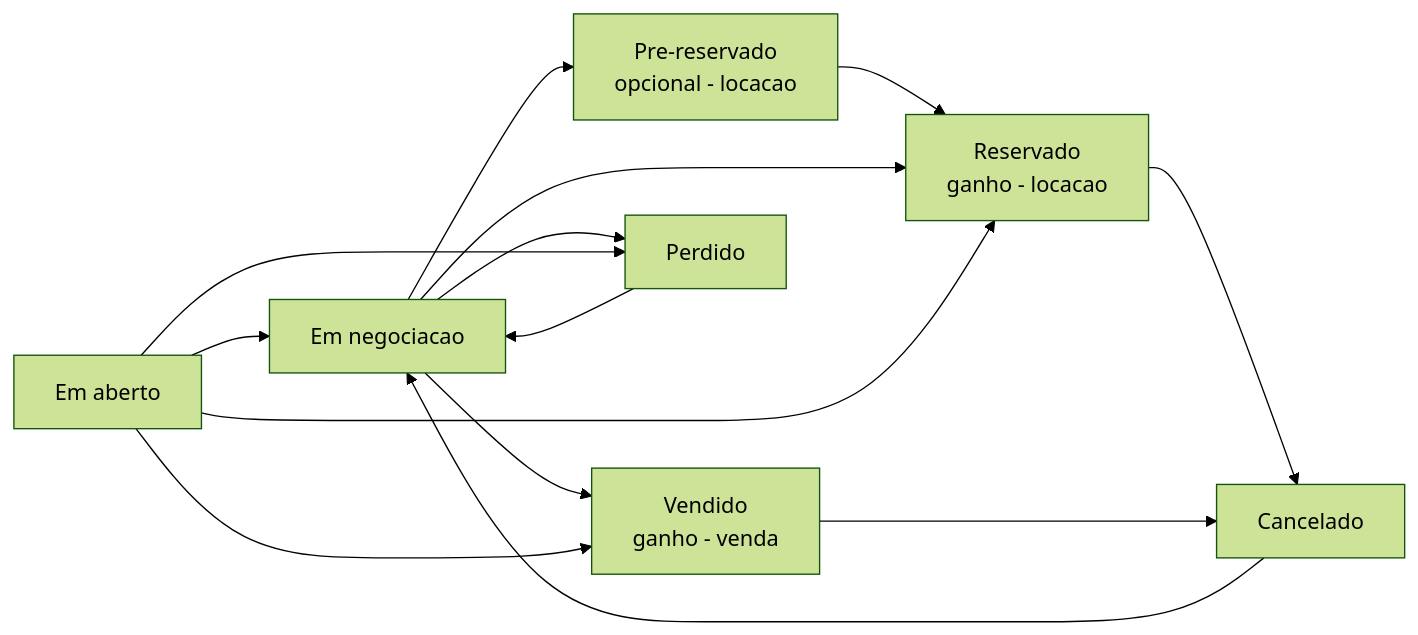
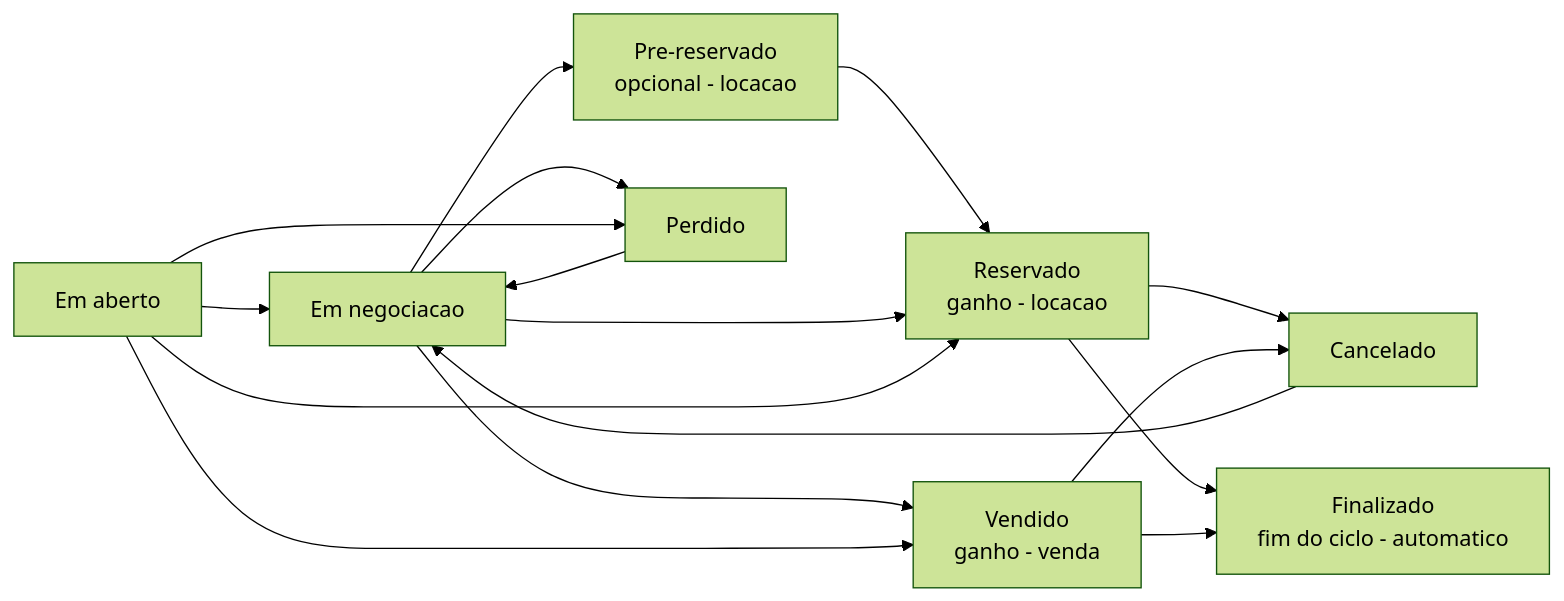
The first of 2 diagrams in orcamentos/acompanhando-e-fechando.md (LocFlowTeam/locflow-docs), drawn with Mermaid (forest theme) before and after one commit. The commit also changed other lines of this file and 4 other files, not shown here.

````diff
--- a/orcamentos/acompanhando-e-fechando.md
+++ b/orcamentos/acompanhando-e-fechando.md
@@ -18,16 +18,18 @@
 ```mermaid
 flowchart LR
     AB[Em aberto] --> NEG[Em negociacao]
     NEG --> PR[Pre-reservado<br/>opcional - locacao]
     PR --> RES[Reservado<br/>ganho - locacao]
     NEG --> RES
     AB --> RES
     NEG --> VEN[Vendido<br/>ganho - venda]
     AB --> VEN
     NEG --> PER[Perdido]
     AB --> PER
     RES --> CAN[Cancelado]
     VEN --> CAN
+    RES --> FIN[Finalizado<br/>fim do ciclo - automatico]
+    VEN --> FIN
     PER --> NEG
     CAN --> NEG
 ```
````
